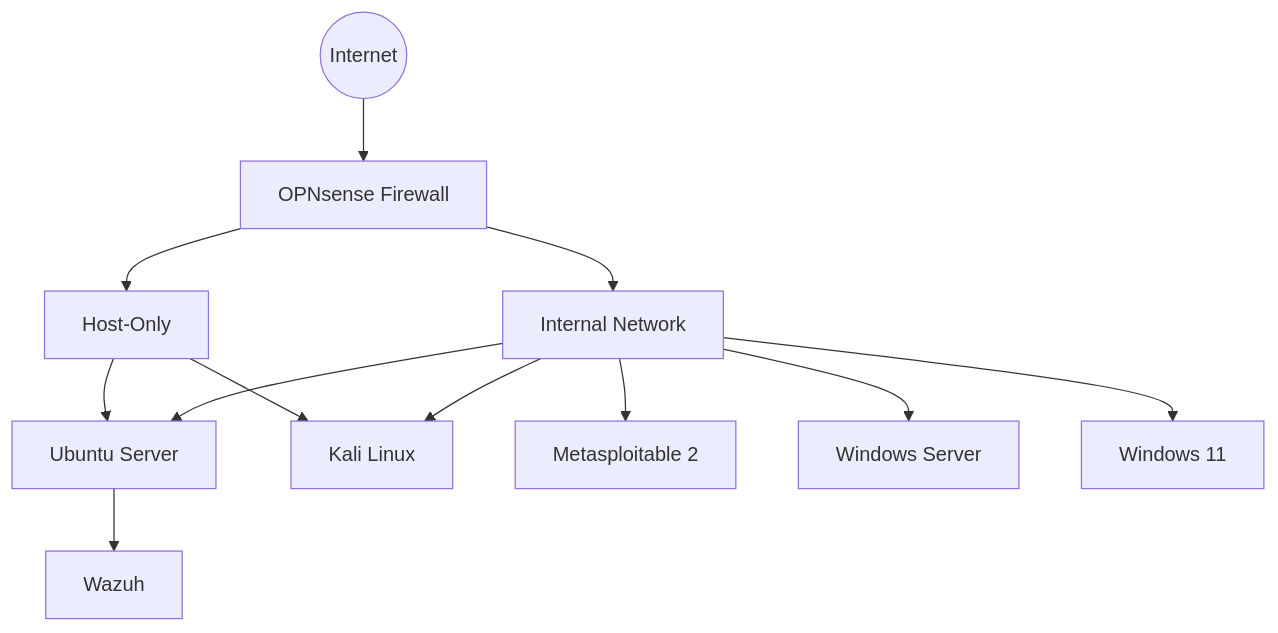
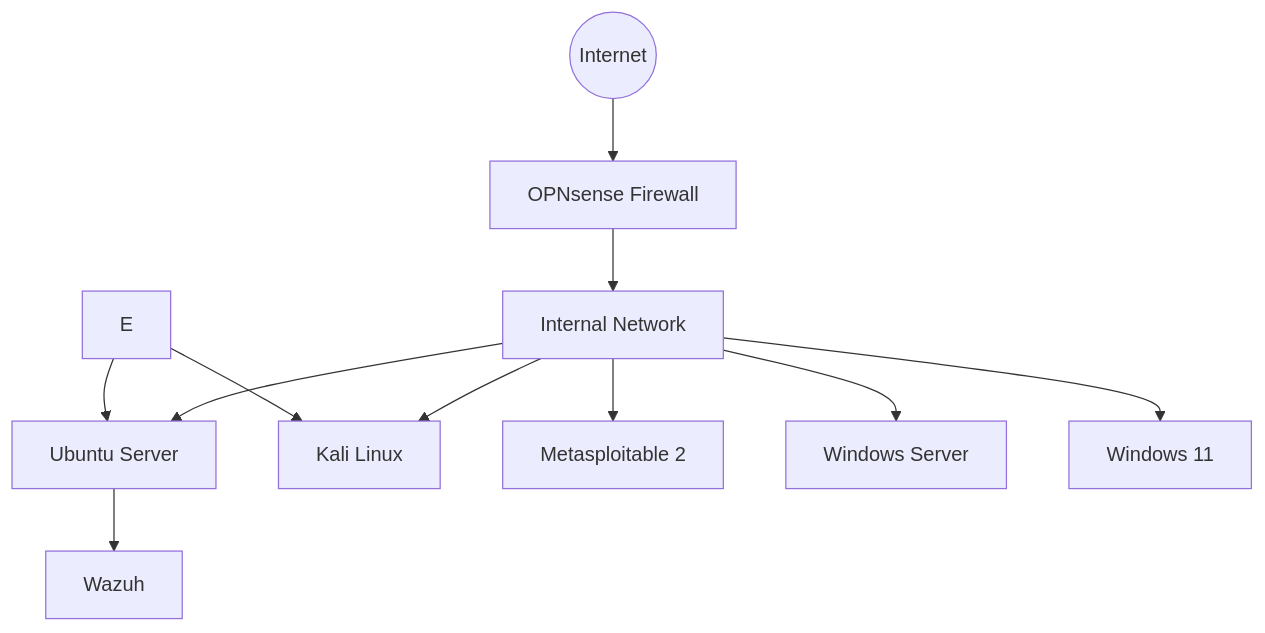
The diagram in README.md (Nirus07/home-lab), drawn with Mermaid before and after one commit.

Commit message:
Update flowchart by removing 'Host-Only' node
Removed the 'Host-Only' node from the flowchart.

````diff
--- a/README.md
+++ b/README.md
@@ -7,17 +7,16 @@
 ```mermaid
 flowchart TD
     A((Internet)) --> B[OPNsense Firewall]
     B --> C[Internal Network]
-    B --> E[Host-Only]
 
     C --> F[Ubuntu Server]
     E --> F[Ubuntu Server]
     C --> G[Kali Linux]
     E --> G[Kali Linux]
     C --> H[Metasploitable 2]
     C --> I[Windows Server]
     C --> J[Windows 11]
 
     F --> K[Wazuh]
     
 ```
````
